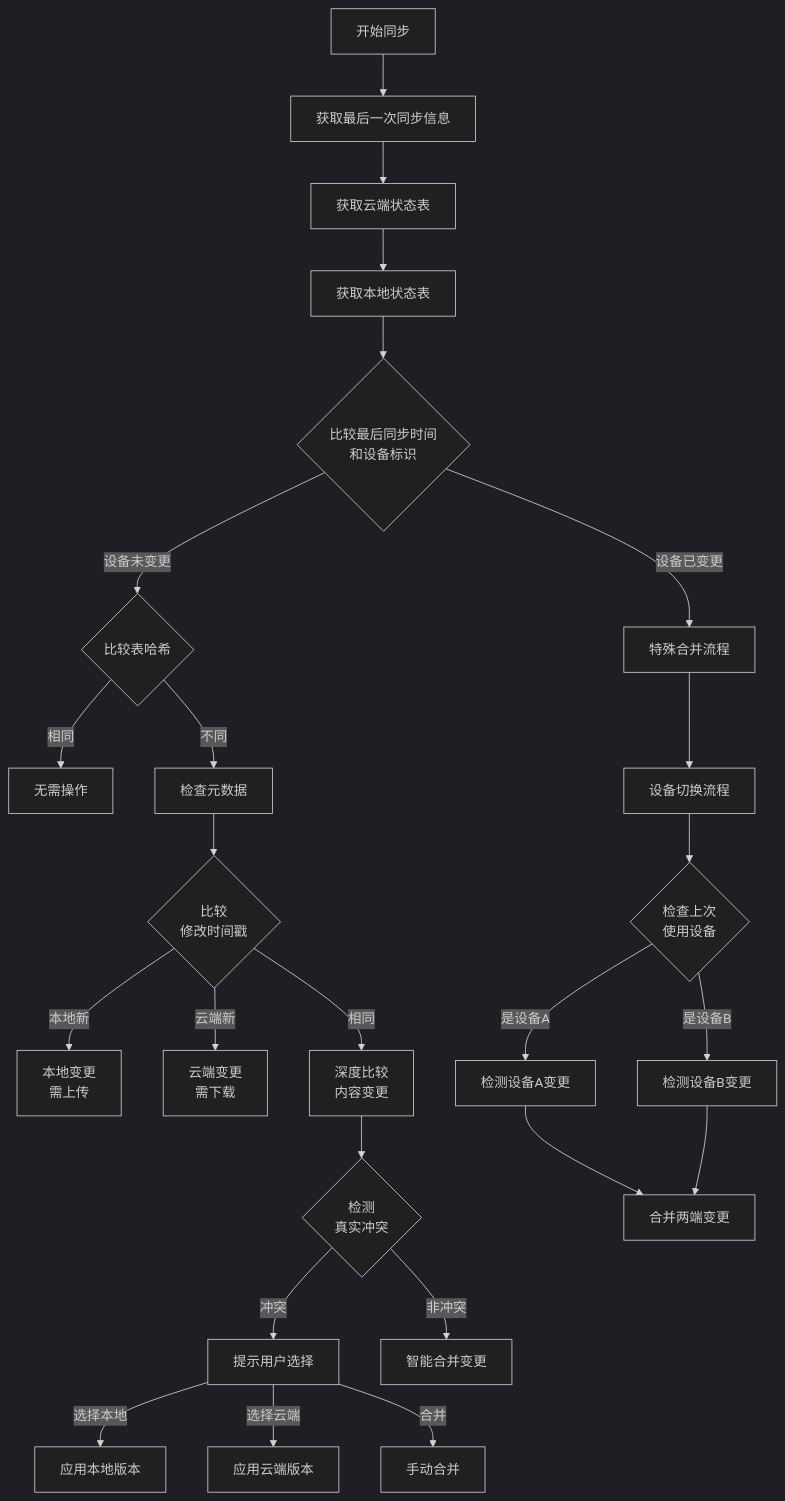
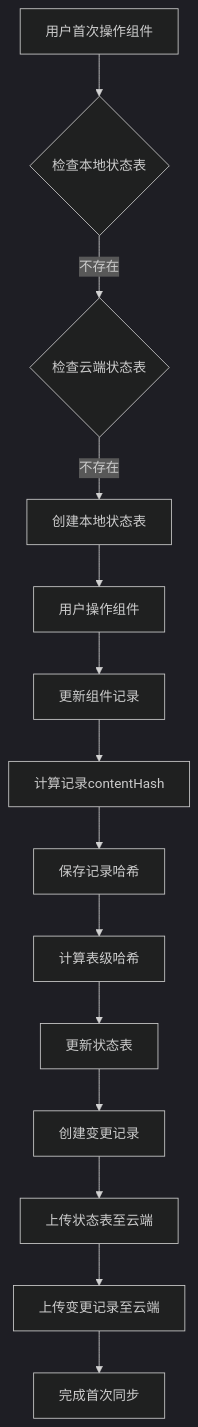
Before and after one commit to yingjianzh/iodraw-files: the diagram in all/未命名-42.md, drawn with Mermaid (dark theme).

Commit message:
2025-04-24 16:02:02 update

````diff
--- a/all/未命名-42.md
+++ b/all/未命名-42.md
@@ -1,36 +1,21 @@
 ```mermaid
 flowchart TD
-    Start[开始同步] --> FetchLastSync[获取最后一次同步信息]
-    FetchLastSync --> GetCloudState[获取云端状态表]
-    GetCloudState --> GetLocalState[获取本地状态表]
+    Start[用户首次操作组件] --> CheckLocalState{检查本地状态表}
+    CheckLocalState -- 不存在 --> CheckCloudState{检查云端状态表}
     
-    GetLocalState --> CompareLastSync{比较最后同步时间\n和设备标识}
+    CheckCloudState -- 不存在 --> CreateLocalState[创建本地状态表]
+    CreateLocalState --> FirstOperation[用户操作组件]
     
-    CompareLastSync -- 设备未变更 --> CompareTables{比较表哈希}
-    CompareLastSync -- 设备已变更 --> SpecialMerge[特殊合并流程]
+    FirstOperation --> UpdateRecord[更新组件记录]
+    UpdateRecord --> CalculateHash[计算记录contentHash]
+    CalculateHash --> SaveRecordHash[保存记录哈希]
     
-    CompareTables -- 相同 --> NoAction[无需操作]
-    CompareTables -- 不同 --> CheckMetadata[检查元数据]
+    SaveRecordHash --> CalculateTableHash[计算表级哈希]
+    CalculateTableHash --> UpdateStateTable[更新状态表]
     
-    CheckMetadata --> CompareTimestamps{比较\n修改时间戳}
-    CompareTimestamps -- 本地新 --> LocalChange[本地变更\n需上传]
-    CompareTimestamps -- 云端新 --> CloudChange[云端变更\n需下载]
-    CompareTimestamps -- 相同 --> DeepCompare[深度比较\n内容变更]
+    UpdateStateTable --> CreateChange[创建变更记录]
+    CreateChange --> UploadState[上传状态表至云端]
+    UploadState --> UploadChanges[上传变更记录至云端]
     
-    DeepCompare --> DetectConflict{检测\n真实冲突}
-    DetectConflict -- 冲突 --> UserPrompt[提示用户选择]
-    DetectConflict -- 非冲突 --> SmartMerge[智能合并变更]
-    
-    SpecialMerge --> DeviceSwitchFlow[设备切换流程]
-    DeviceSwitchFlow --> CheckLastDevice{检查上次\n使用设备}
-    
-    CheckLastDevice -- 是设备A --> DetectAChanges[检测设备A变更]
-    CheckLastDevice -- 是设备B --> DetectBChanges[检测设备B变更]
-    
-    DetectAChanges --> MergeBothChanges[合并两端变更]
-    DetectBChanges --> MergeBothChanges
-    
-    UserPrompt -- 选择本地 --> ApplyLocal[应用本地版本]
-    UserPrompt -- 选择云端 --> ApplyCloud[应用云端版本]
-    UserPrompt -- 合并 --> MergeManually[手动合并]
+    UploadChanges --> CompleteFirstSync[完成首次同步]
 ```
````
